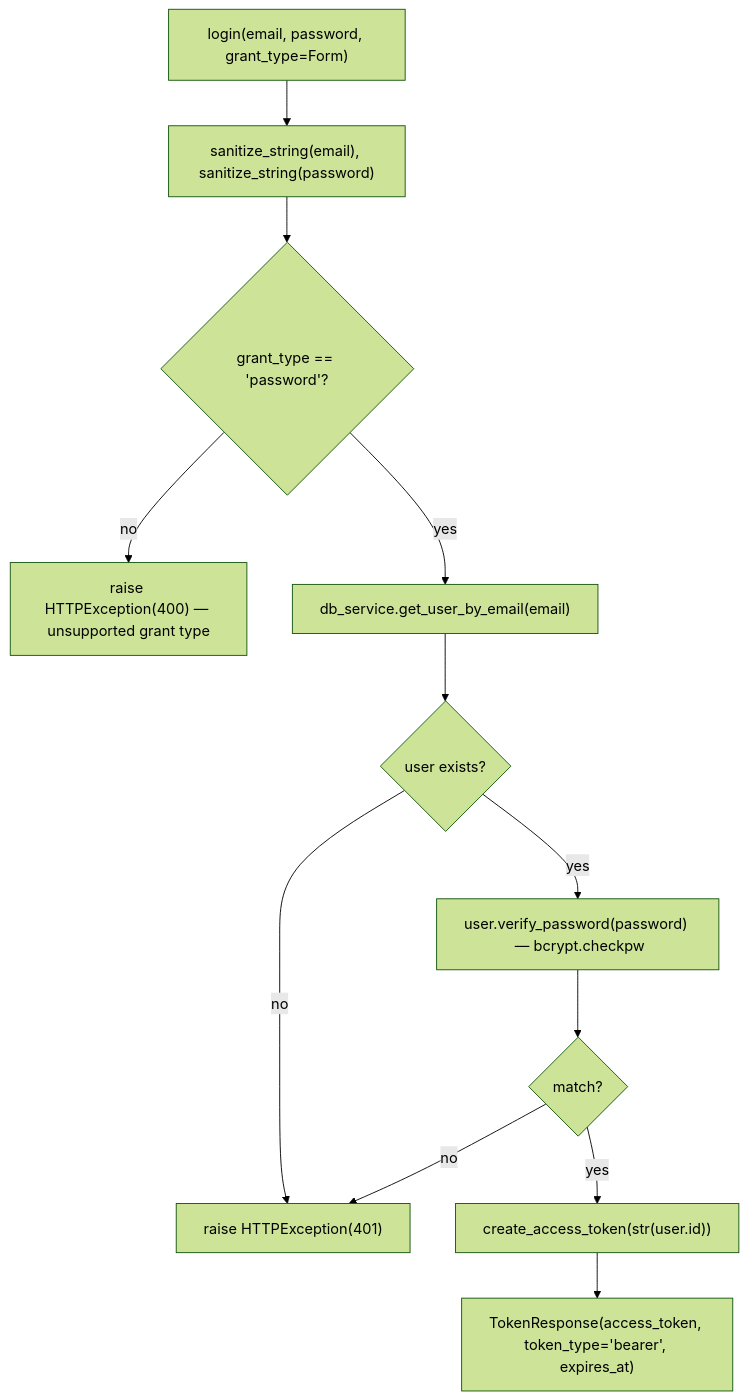
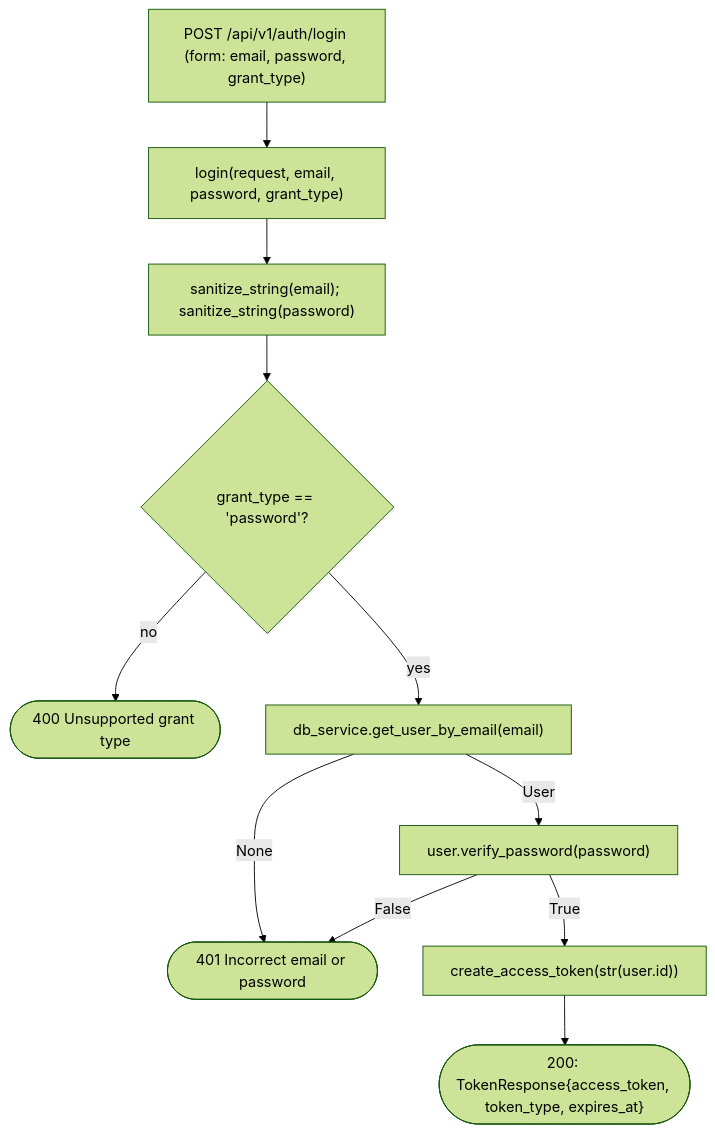
The fifth of 18 diagrams in dataflow.md (yashwilk/Craster_ChatBot), drawn with Mermaid (forest theme) before and after one commit. The commit also changed other lines of this file, not shown here.

````diff
--- a/dataflow.md
+++ b/dataflow.md
@@ -131,14 +182,13 @@
 ```mermaid
 flowchart TD
-    A["login(email, password, grant_type=Form)"] --> B["sanitize_string(email), sanitize_string(password)"]
-    B --> C{"grant_type == 'password'?"}
-    C -- no --> C1["raise HTTPException(400) — unsupported grant type"]
-    C -- yes --> D["db_service.get_user_by_email(email)"]
-    D --> E{"user exists?"}
-    E -- no --> F1["raise HTTPException(401)"]
-    E -- yes --> F["user.verify_password(password)  — bcrypt.checkpw"]
-    F --> G{"match?"}
-    G -- no --> F1
-    G -- yes --> H["create_access_token(str(user.id))"]
-    H --> I["TokenResponse(access_token, token_type='bearer', expires_at)"]
+    A["POST /api/v1/auth/login (form: email, password, grant_type)"] --> B["login(request, email, password, grant_type)"]
+    B --> C["sanitize_string(email); sanitize_string(password)"]
+    C --> D{"grant_type == 'password'?"}
+    D -- no --> D1(["400 Unsupported grant type"])
+    D -- yes --> E["db_service.get_user_by_email(email)"]
+    E -->|"None"| F1(["401 Incorrect email or password"])
+    E -->|"User"| F["user.verify_password(password)"]
+    F -->|"False"| F1
+    F -->|"True"| G["create_access_token(str(user.id))"]
+    G --> H(["200: TokenResponse{access_token, token_type, expires_at}"])
 ```
````
